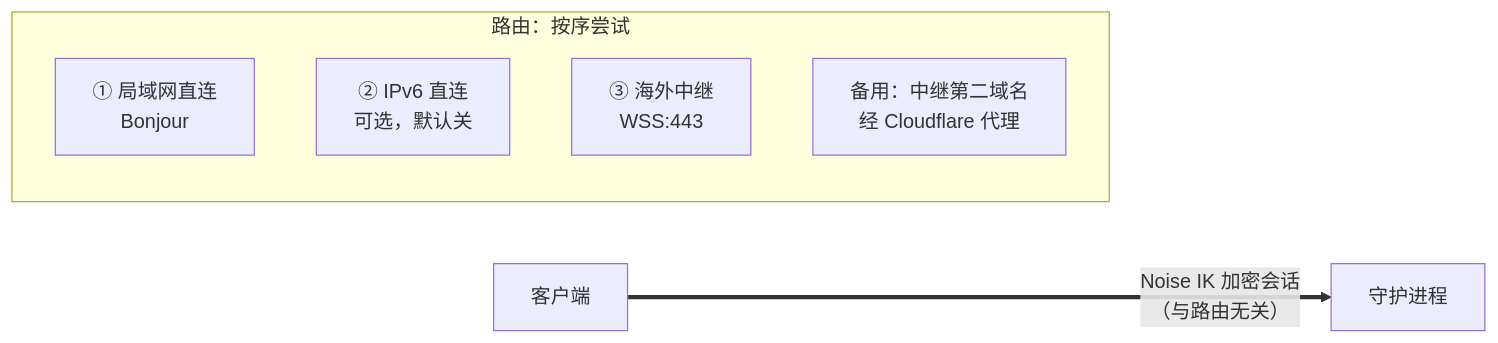
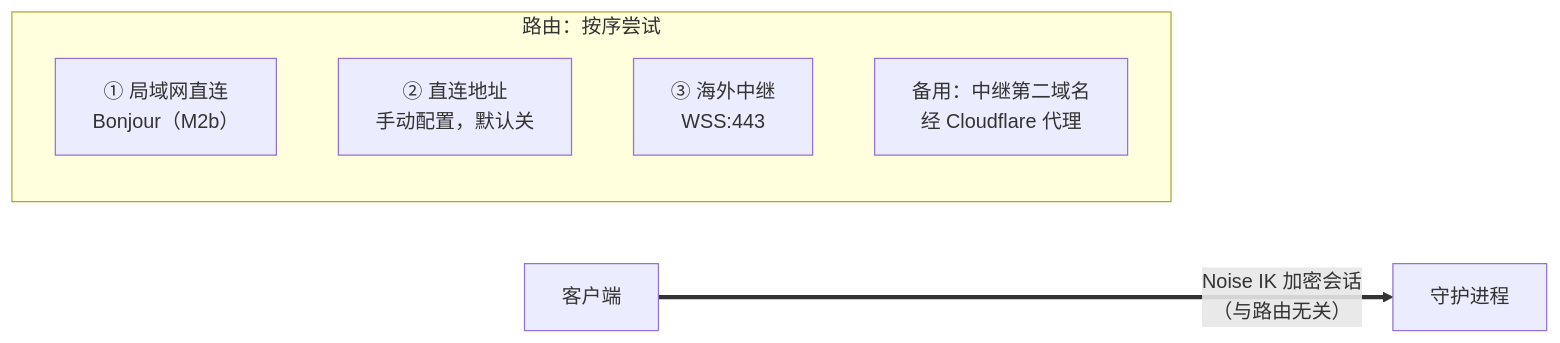
The first of 3 diagrams in docs/design/0006-connectivity-security.md (yangflow/hoplet), drawn with Mermaid before and after one commit. The commit also changed other lines of this file and 2 other files, not shown here.

````diff
--- a/docs/design/0006-connectivity-security.md
+++ b/docs/design/0006-connectivity-security.md
@@ -28,10 +28,10 @@
 ```mermaid
 flowchart LR
     C["客户端"] == "Noise IK 加密会话<br/>（与路由无关）" ==> D["守护进程"]
     subgraph routes["路由：按序尝试"]
-        R1["① 局域网直连<br/>Bonjour"]
-        R2["② IPv6 直连<br/>可选，默认关"]
+        R1["① 局域网直连<br/>Bonjour（M2b）"]
+        R2["② 直连地址<br/>手动配置，默认关"]
         R3["③ 海外中继<br/>WSS:443"]
         R4["备用：中继第二域名<br/>经 Cloudflare 代理"]
     end
 ```
````
